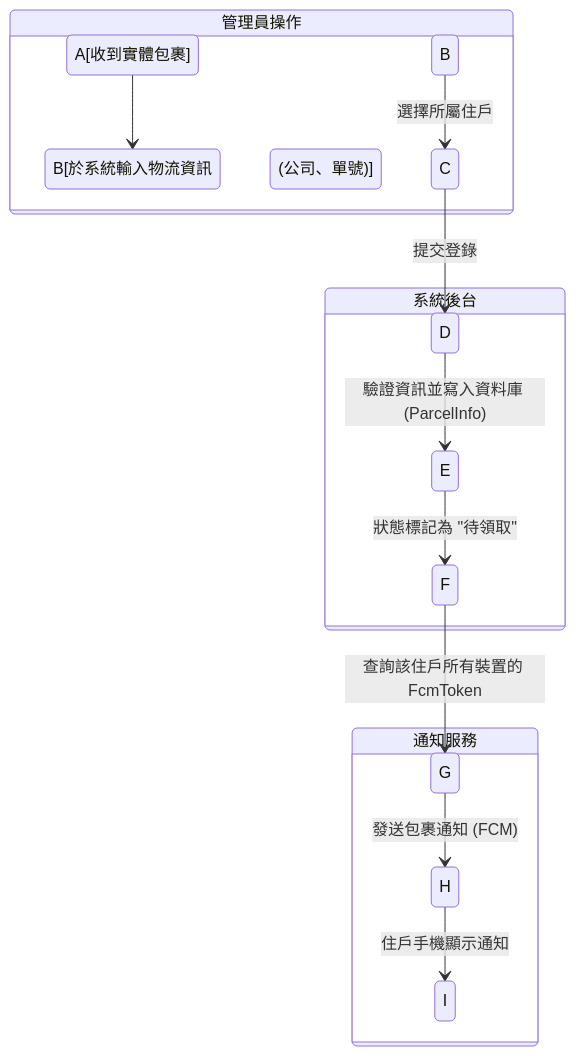
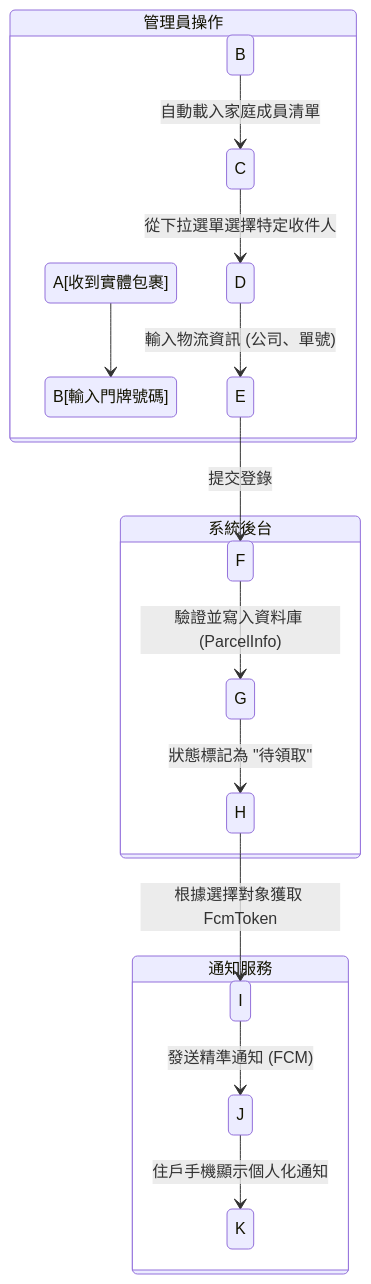
Before and after one commit to kentlin0919/Community_Notification_System: the first of 2 diagrams in docs/features/parcel_management/parcel_receive/README.md, drawn with Mermaid. The commit also changed other lines of this file and 149 other files, not shown here.

````diff
--- a/docs/features/parcel_management/parcel_receive/README.md
+++ b/docs/features/parcel_management/parcel_receive/README.md
@@ -15,19 +17,21 @@
 ```mermaid
 stateDiagram-v2
     state "管理員操作" as AdminPart {
-        A[收到實體包裹] --> B[於系統輸入物流資訊 (公司、單號)]
-        B --> C: 選擇所屬住戶
-        C --> D: 提交登錄
+        A[收到實體包裹] --> B[輸入門牌號碼]
+        B --> C: 自動載入家庭成員清單
+        C --> D: 從下拉選單選擇特定收件人
+        D --> E: 輸入物流資訊 (公司、單號)
+        E --> F: 提交登錄
     }
 
     state "系統後台" as SystemPart {
-        D --> E: 驗證資訊並寫入資料庫 (ParcelInfo)
-        E --> F: 狀態標記為 "待領取"
-        F --> G: 查詢該住戶所有裝置的 FcmToken
+        F --> G: 驗證並寫入資料庫 (ParcelInfo)
+        G --> H: 狀態標記為 "待領取"
+        H --> I: 根據選擇對象獲取 FcmToken
     }
 
     state "通知服務" as NotificationPart {
-        G --> H: 發送包裹通知 (FCM)
-        H --> I: 住戶手機顯示通知
+        I --> J: 發送精準通知 (FCM)
+        J --> K: 住戶手機顯示個人化通知
     }
 ```
````
